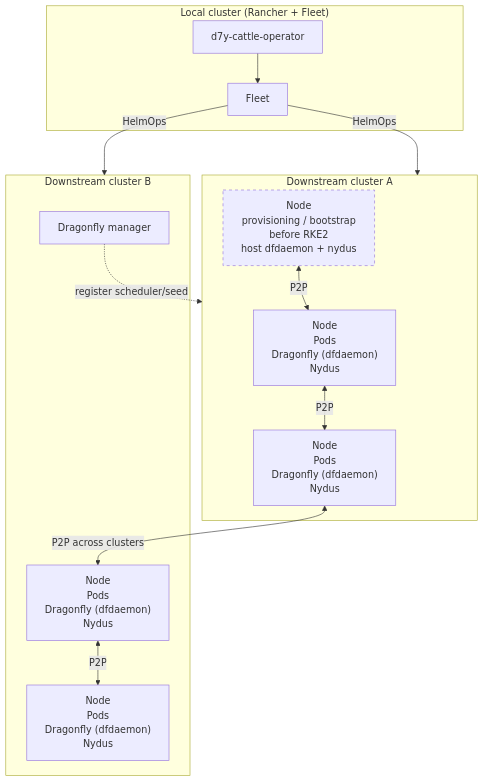
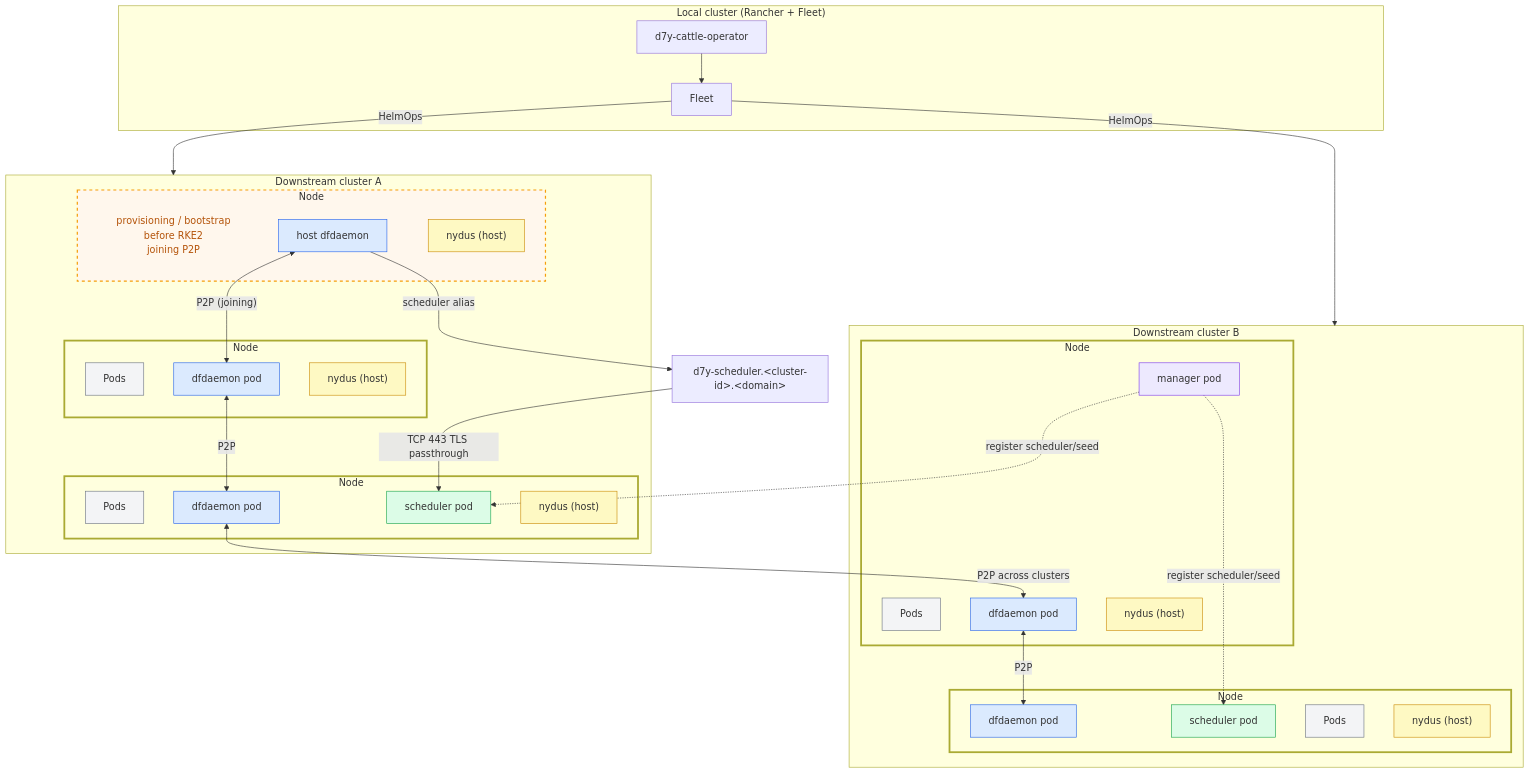
The diagram in README.md (gorizond/d7y-cattle-operator), drawn with Mermaid before and after one commit. The commit also changed other lines of this file, not shown here.

Commit message:
docs: color-code pods and node states in How it works map

````diff
--- a/README.md
+++ b/README.md
@@ -59,27 +59,72 @@
 ```mermaid
 flowchart TB
   subgraph LOCAL["Local cluster (Rancher + Fleet)"]
     OP["d7y-cattle-operator"] --> FLEET["Fleet"]
   end
 
   subgraph D1["Downstream cluster A"]
-    N1["Node<br/>Pods<br/>Dragonfly (dfdaemon)<br/>Nydus"]
-    N2["Node<br/>Pods<br/>Dragonfly (dfdaemon)<br/>Nydus"]
-    N3["Node<br/>provisioning / bootstrap<br/>before RKE2<br/>host dfdaemon + nydus"]
+    subgraph N1["Node"]
+      P1["Pods"]
+      DF1["dfdaemon pod"]
+      NY1["nydus (host)"]
+    end
+    subgraph N2["Node"]
+      P2["Pods"]
+      DF2["dfdaemon pod"]
+      SCH1["scheduler pod"]
+      NY2["nydus (host)"]
+    end
+    subgraph N3["Node"]
+      N3L["provisioning / bootstrap<br/>before RKE2<br/>joining P2P"]
+      DF3["host dfdaemon"]
+      NY3["nydus (host)"]
+    end
   end
 
   subgraph D2["Downstream cluster B"]
-    MGR["Dragonfly manager"]
-    N4["Node<br/>Pods<br/>Dragonfly (dfdaemon)<br/>Nydus"]
-    N5["Node<br/>Pods<br/>Dragonfly (dfdaemon)<br/>Nydus"]
+    subgraph N4["Node"]
+      P4["Pods"]
+      DF4["dfdaemon pod"]
+      MGR["manager pod"]
+      NY4["nydus (host)"]
+    end
+    subgraph N5["Node"]
+      P5["Pods"]
+      DF5["dfdaemon pod"]
+      SCH2["scheduler pod"]
+      NY5["nydus (host)"]
+    end
   end
+
+  PUB["d7y-scheduler.&lt;cluster-id&gt;.&lt;domain&gt;"]
 
   FLEET -->|"HelmOps"| D1
   FLEET -->|"HelmOps"| D2
-  MGR -.->|"register scheduler/seed"| D1
-  N1 <-->|"P2P"| N2
-  N3 <-->|"P2P"| N1
-  N2 <-->|"P2P across clusters"| N4
-  N4 <-->|"P2P"| N5
-  style N3 stroke-dasharray: 5 5
+  MGR -.->|"register scheduler/seed"| SCH1
+  MGR -.->|"register scheduler/seed"| SCH2
+  DF1 <-->|"P2P"| DF2
+  DF3 <-->|"P2P (joining)"| DF1
+  DF2 <-->|"P2P across clusters"| DF4
+  DF4 <-->|"P2P"| DF5
+  DF3 -->|"scheduler alias"| PUB
+  PUB -->|"TCP 443 TLS passthrough"| SCH1
+
+  classDef workload fill:#f3f4f6,stroke:#6b7280
+  classDef dfdaemon fill:#dbeafe,stroke:#2563eb
+  classDef scheduler fill:#dcfce7,stroke:#16a34a
+  classDef manager fill:#ede9fe,stroke:#7c3aed
+  classDef nydus fill:#fef9c3,stroke:#ca8a04
+
+  class P1,P2,P4,P5 workload
+  class DF1,DF2,DF3,DF4,DF5 dfdaemon
+  class SCH1,SCH2 scheduler
+  class MGR manager
+  class NY1,NY2,NY3,NY4,NY5 nydus
+
+  style N1 stroke-width:3px
+  style N2 stroke-width:3px
+  style N3 fill:#fff7ed,stroke:#f59e0b,stroke-width:2px,stroke-dasharray:5 5
+  style N4 stroke-width:3px
+  style N5 stroke-width:3px
+  style N3L fill:transparent,stroke:transparent,color:#b45309
 ```
````
